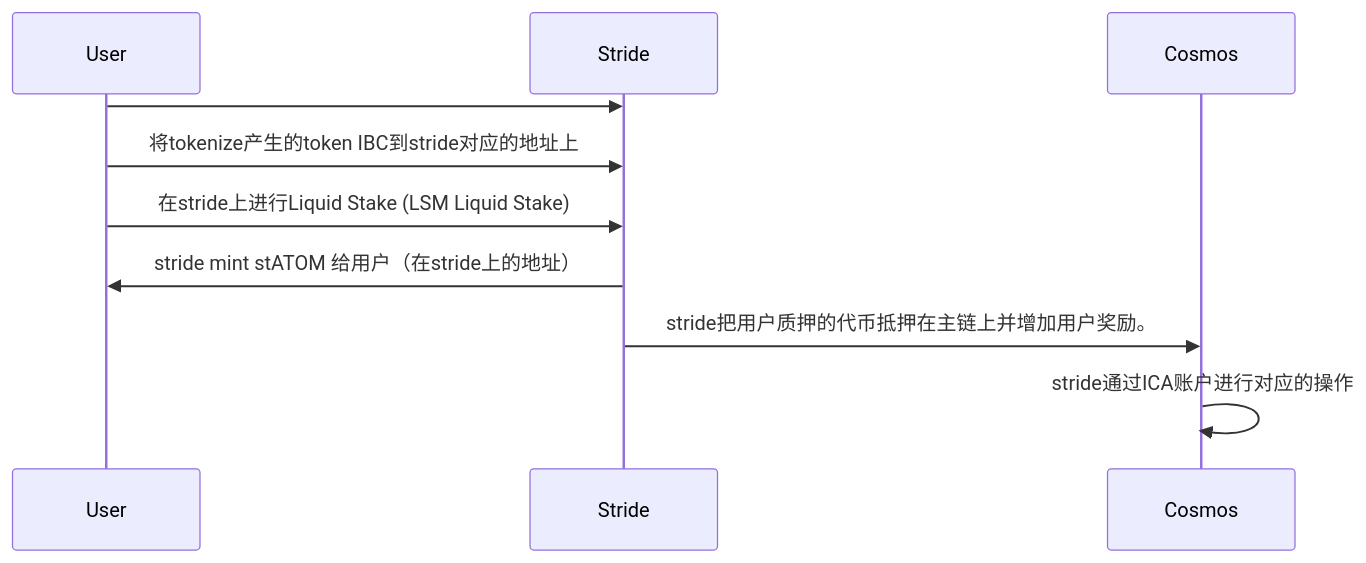
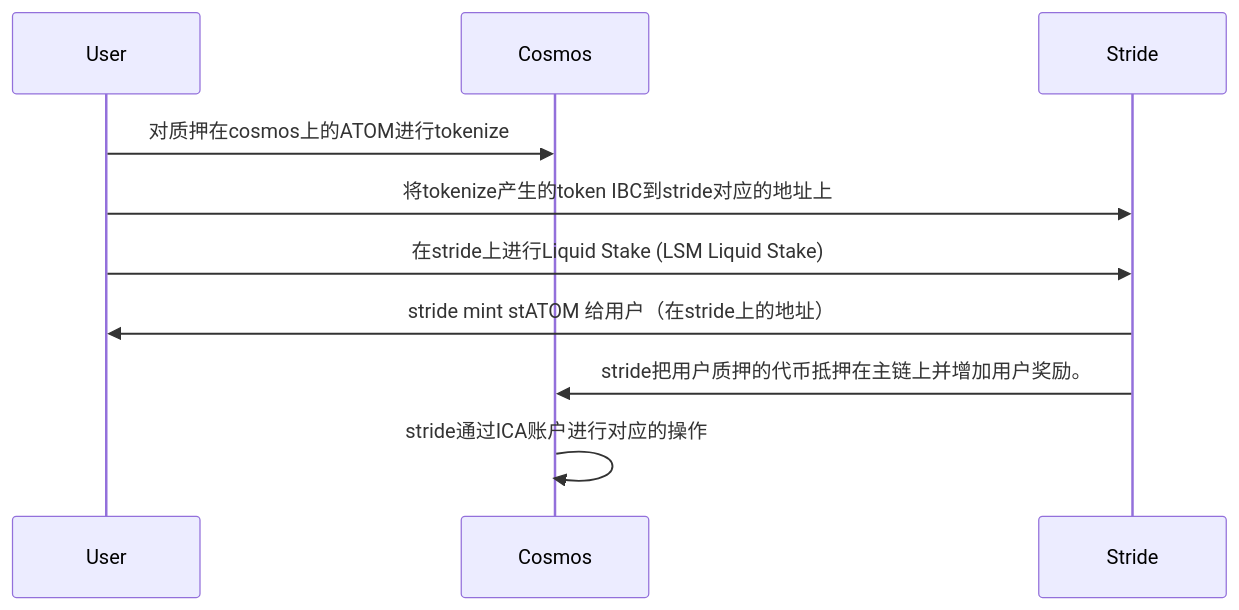
Before and after one commit to yingjianzh/iodraw-files: the diagram in all/未命名-3.md, drawn with Mermaid.

Commit message:
2024-03-28 14:35:27 update

````diff
--- a/all/未命名-3.md
+++ b/all/未命名-3.md
@@ -1,9 +1,9 @@
 ```mermaid
 sequenceDiagram
-    User->>Stride: 
+    User->>Cosmos: 对质押在cosmos上的ATOM进行tokenize
     User->>Stride: 将tokenize产生的token IBC到stride对应的地址上
     User->>Stride: 在stride上进行Liquid Stake (LSM Liquid Stake)
     Stride->>User: stride mint stATOM 给用户（在stride上的地址）
     Stride->>Cosmos: stride把用户质押的代币抵押在主链上并增加用户奖励。
     Cosmos->>Cosmos: stride通过ICA账户进行对应的操作
 ```
````
